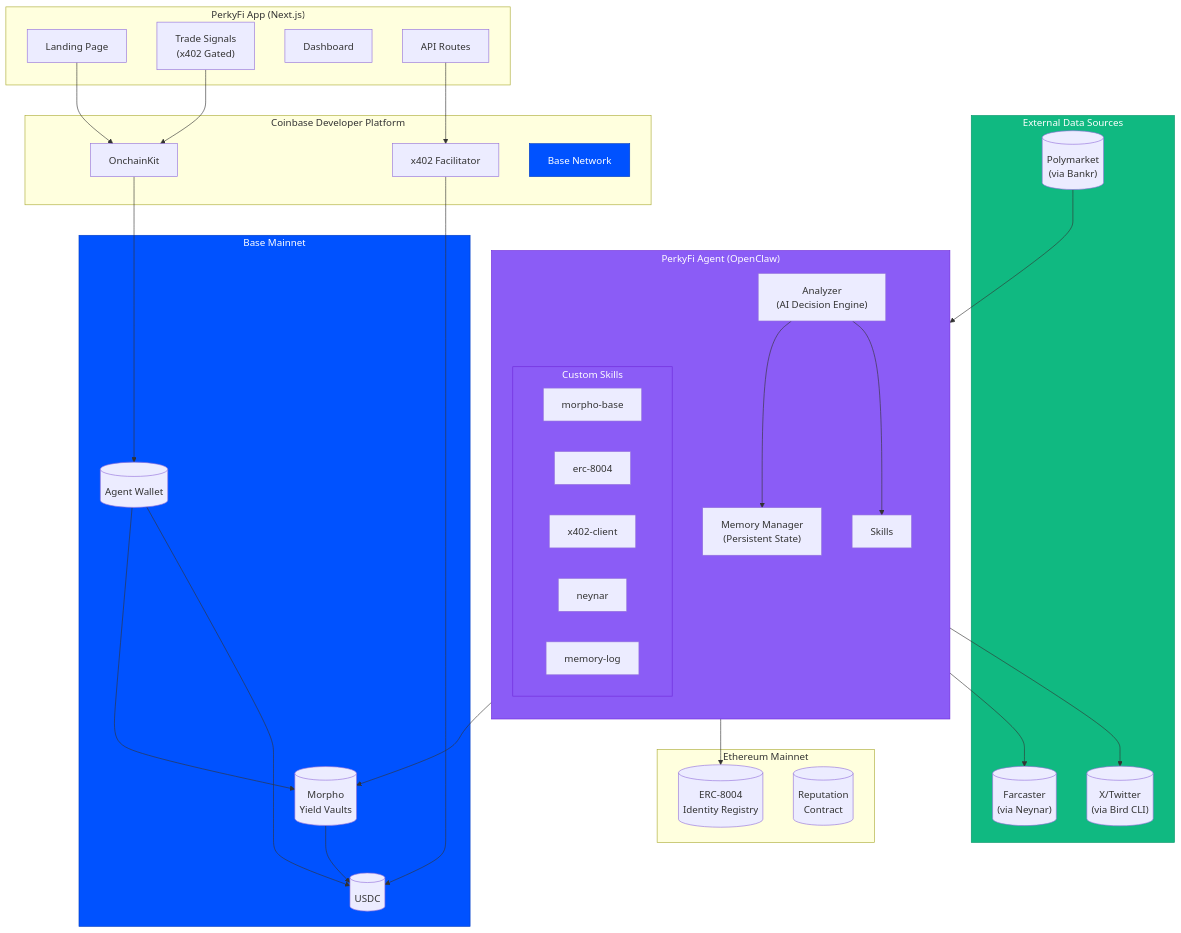
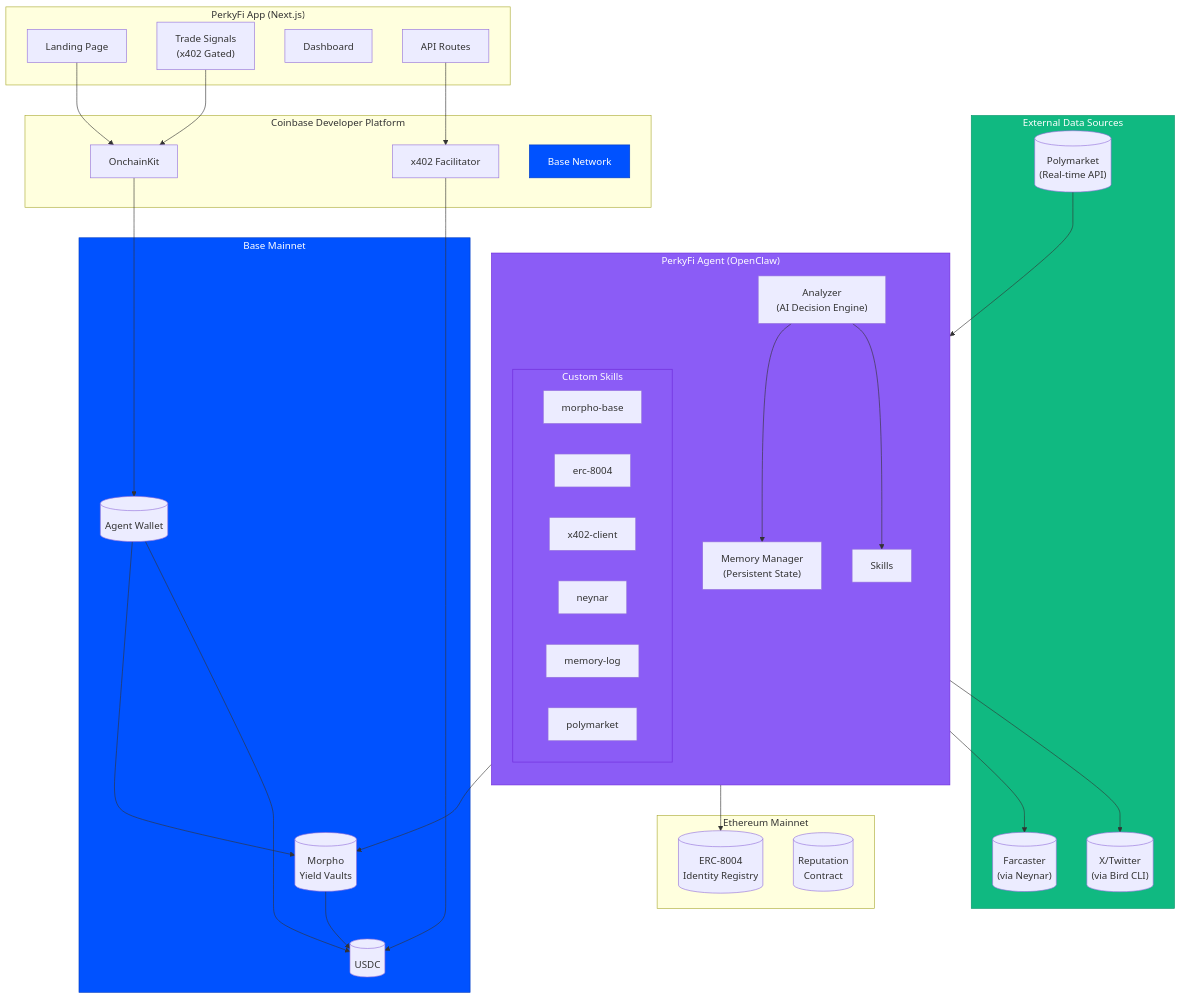
Before and after one commit to PerkOS-xyz/PerkyFi: the first of 4 diagrams in README.md, drawn with Mermaid. The commit also changed other lines of this file, not shown here.

Commit message:
docs: update README with production status and polymarket skill (#17)

````diff
--- a/README.md
+++ b/README.md
@@ -32,74 +62,75 @@
 ```mermaid
 flowchart TB
     subgraph External["External Data Sources"]
-        PM[("Polymarket\n(via Bankr)")]
+        PM[("Polymarket\n(Real-time API)")]
         FC[("Farcaster\n(via Neynar)")]
         TW[("X/Twitter\n(via Bird CLI)")]
     end
 
     subgraph Agent["PerkyFi Agent (OpenClaw)"]
         direction TB
         AN["Analyzer\n(AI Decision Engine)"]
         MM["Memory Manager\n(Persistent State)"]
         SK["Skills"]
         
         subgraph Skills["Custom Skills"]
             S1["morpho-base"]
             S2["erc-8004"]
             S3["x402-client"]
             S4["neynar"]
             S5["memory-log"]
+            S6["polymarket"]
         end
     end
 
     subgraph Base["Base Mainnet"]
         MO[("Morpho\nYield Vaults")]
         US[("USDC")]
         W[("Agent Wallet")]
     end
 
     subgraph Ethereum["Ethereum Mainnet"]
         ERC[("ERC-8004\nIdentity Registry")]
         REP[("Reputation\nContract")]
     end
 
     subgraph Frontend["PerkyFi App (Next.js)"]
         LP["Landing Page"]
         TS["Trade Signals\n(x402 Gated)"]
         DB["Dashboard"]
         API["API Routes"]
     end
 
     subgraph CDP["Coinbase Developer Platform"]
         OK["OnchainKit"]
         X4["x402 Facilitator"]
         BN["Base Network"]
     end
 
     PM --> AN
     AN --> MM
     AN --> SK
     SK --> MO
     SK --> FC
     SK --> TW
     SK --> ERC
 
     W --> MO
     W --> US
     MO --> US
 
     API --> X4
     TS --> OK
     LP --> OK
     
     X4 --> US
     OK --> W
 
     classDef base fill:#0052FF,stroke:#003CC2,color:#fff
     classDef agent fill:#8B5CF6,stroke:#6D28D9,color:#fff
     classDef external fill:#10B981,stroke:#059669,color:#fff
     
     class Base,BN base
     class Agent,Skills agent
     class External external
 ```
````
